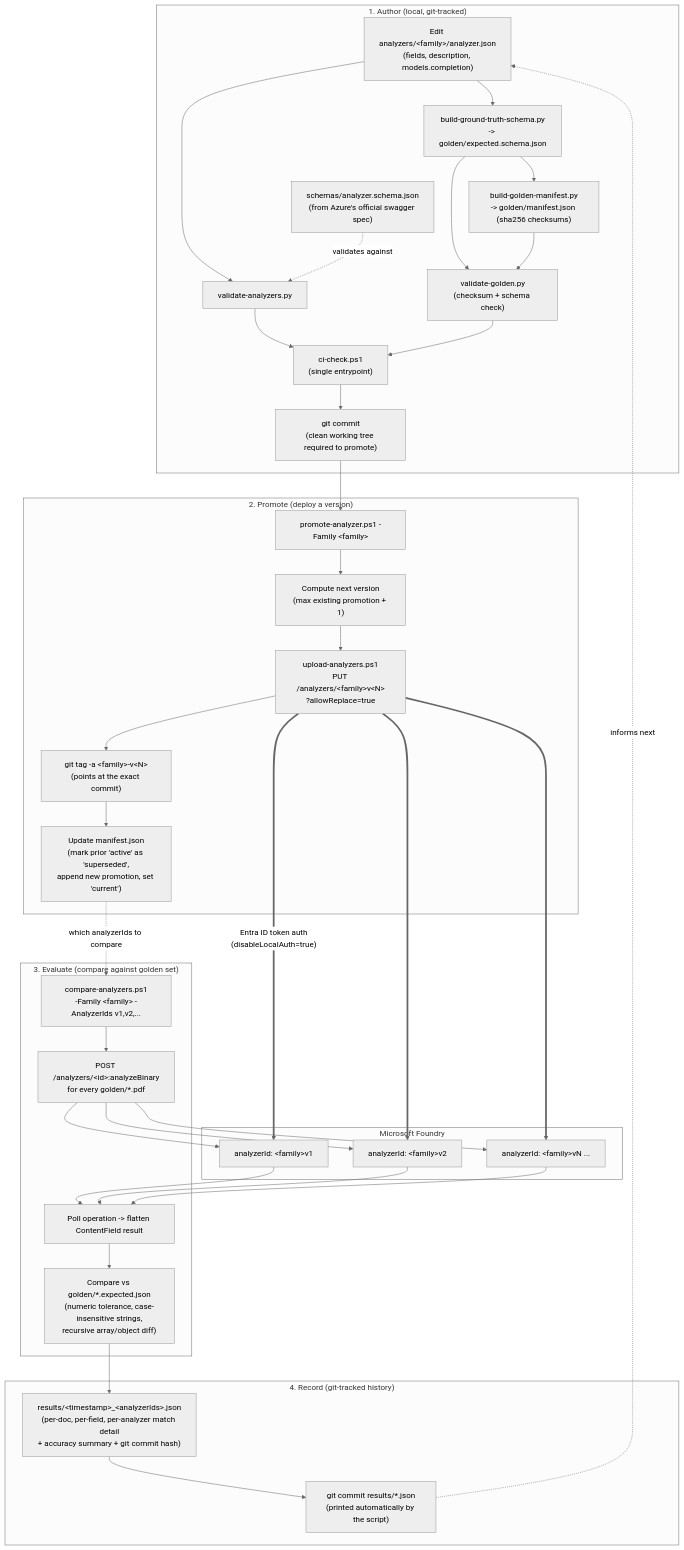
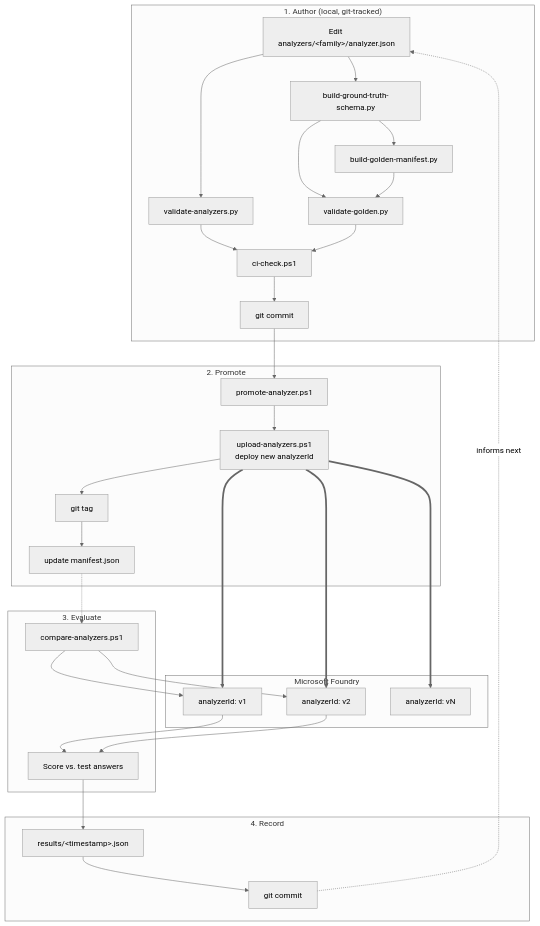
One commit to georgeollis/content-understanding-mlops changed the second of 2 diagrams in docs/mlops-pipeline.md. Above: the diagram before and after it, drawn with Mermaid (neutral theme). The commit also changed other lines of this file and 2 other files, not shown here.

````diff
--- a/docs/mlops-pipeline.md
+++ b/docs/mlops-pipeline.md
@@ -56,68 +95,59 @@
 ```mermaid
 graph TB
     subgraph AUTHOR["1. Author (local, git-tracked)"]
-        EDIT["Edit analyzers/&lt;family&gt;/analyzer.json<br/>(fields, description, models.completion)"]
-        SCHEMA["schemas/analyzer.schema.json<br/>(from Azure's official swagger spec)"]
+        EDIT["Edit analyzers/&lt;family&gt;/analyzer.json"]
         VALA["validate-analyzers.py"]
-        GTSCHEMA["build-ground-truth-schema.py<br/>-&gt; golden/expected.schema.json"]
-        GOLDMAN["build-golden-manifest.py<br/>-&gt; golden/manifest.json (sha256 checksums)"]
-        VALG["validate-golden.py<br/>(checksum + schema check)"]
-        CI["ci-check.ps1<br/>(single entrypoint)"]
-        COMMIT["git commit<br/>(clean working tree required to promote)"]
+        GTSCHEMA["build-ground-truth-schema.py"]
+        GOLDMAN["build-golden-manifest.py"]
+        VALG["validate-golden.py"]
+        CI["ci-check.ps1"]
+        COMMIT["git commit"]
 
         EDIT --> VALA
-        SCHEMA -.->|"validates against"| VALA
         EDIT --> GTSCHEMA --> VALG
         GTSCHEMA --> GOLDMAN --> VALG
         VALA --> CI
         VALG --> CI
         CI --> COMMIT
     end
 
-    subgraph PROMOTE["2. Promote (deploy a version)"]
-        PROMOTESCRIPT["promote-analyzer.ps1 -Family &lt;family&gt;"]
-        NEXTVER["Compute next version<br/>(max existing promotion + 1)"]
-        UPLOAD["upload-analyzers.ps1<br/>PUT /analyzers/&lt;family&gt;v&lt;N&gt;<br/>?allowReplace=true"]
-        TAG["git tag -a &lt;family&gt;-v&lt;N&gt;<br/>(points at the exact commit)"]
-        MANIFEST["Update manifest.json<br/>(mark prior 'active' as 'superseded',<br/>append new promotion, set 'current')"]
+    subgraph PROMOTE["2. Promote"]
+        PROMOTESCRIPT["promote-analyzer.ps1"]
+        UPLOAD["upload-analyzers.ps1<br/>deploy new analyzerId"]
+        TAG["git tag"]
+        MANIFEST["update manifest.json"]
 
         COMMIT --> PROMOTESCRIPT
-        PROMOTESCRIPT --> NEXTVER --> UPLOAD --> TAG --> MANIFEST
+        PROMOTESCRIPT --> UPLOAD --> TAG --> MANIFEST
     end
 
     subgraph AZURE["Microsoft Foundry"]
-        ANALYZERV1["analyzerId: &lt;family&gt;v1"]
-        ANALYZERV2["analyzerId: &lt;family&gt;v2"]
-        ANALYZERVN["analyzerId: &lt;family&gt;vN ..."]
+        ANALYZERV1["analyzerId: v1"]
+        ANALYZERV2["analyzerId: v2"]
+        ANALYZERVN["analyzerId: vN"]
     end
 
-    UPLOAD ==>|"Entra ID token auth<br/>(disableLocalAuth=true)"| ANALYZERV1
+    UPLOAD ==> ANALYZERV1
     UPLOAD ==> ANALYZERV2
     UPLOAD ==> ANALYZERVN
 
-    subgraph EVALUATE["3. Evaluate (compare against golden set)"]
-        COMPARESCRIPT["compare-analyzers.ps1<br/>-Family &lt;family&gt; -AnalyzerIds v1,v2,..."]
-        ANALYZEBIN["POST /analyzers/&lt;id&gt;:analyzeBinary<br/>for every golden/*.pdf"]
-        POLL["Poll operation -&gt; flatten ContentField result"]
-        SCORE["Compare vs golden/*.expected.json<br/>(numeric tolerance, case-insensitive strings,<br/>recursive array/object diff)"]
+    subgraph EVALUATE["3. Evaluate"]
+        COMPARESCRIPT["compare-analyzers.ps1"]
+        SCORE["Score vs. test answers"]
 
-        MANIFEST -.->|"which analyzerIds to compare"| COMPARESCRIPT
-        COMPARESCRIPT --> ANALYZEBIN
-        ANALYZEBIN --> ANALYZERV1
-        ANALYZEBIN --> ANALYZERV2
-        ANALYZEBIN --> ANALYZERVN
-        ANALYZERV1 --> POLL
-        ANALYZERV2 --> POLL
-        ANALYZERVN --> POLL
-        POLL --> SCORE
+        MANIFEST -.-> COMPARESCRIPT
+        COMPARESCRIPT --> ANALYZERV1
+        COMPARESCRIPT --> ANALYZERV2
+        ANALYZERV1 --> SCORE
+        ANALYZERV2 --> SCORE
     end
 
-    subgraph RECORD["4. Record (git-tracked history)"]
-        REPORT["results/&lt;timestamp&gt;_&lt;analyzerIds&gt;.json<br/>(per-doc, per-field, per-analyzer match detail<br/>+ accuracy summary + git commit hash)"]
-        COMMIT2["git commit results/*.json<br/>(printed automatically by the script)"]
+    subgraph RECORD["4. Record"]
+        REPORT["results/&lt;timestamp&gt;.json"]
+        COMMIT2["git commit"]
 
         SCORE --> REPORT --> COMMIT2
     end
 
     COMMIT2 -.->|"informs next"| EDIT
 ```
````
